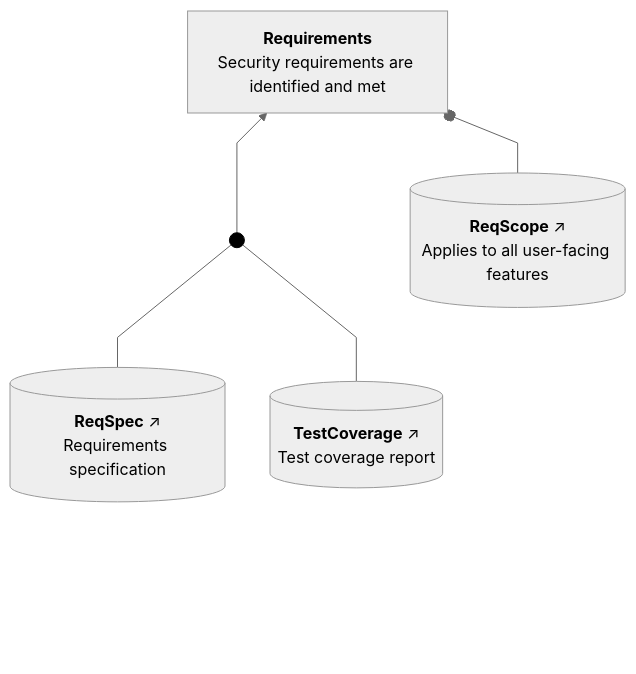
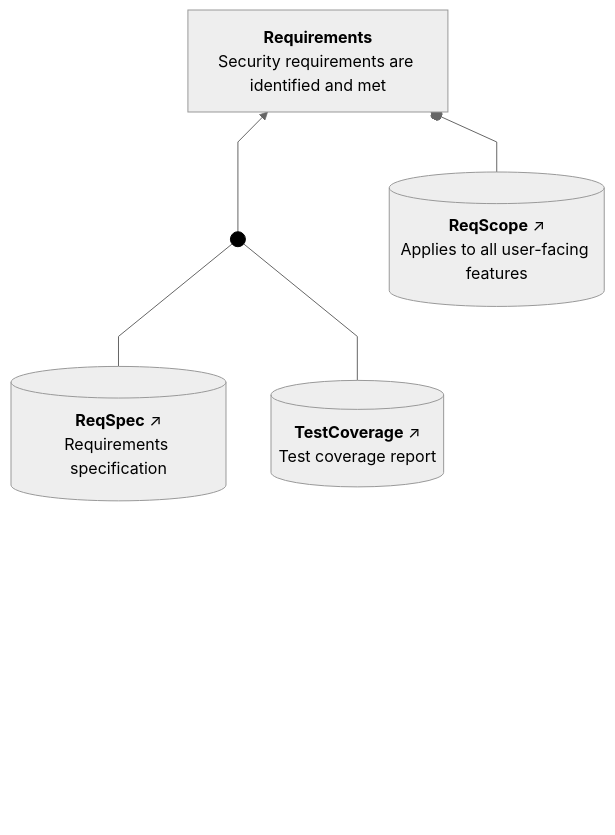
One commit to david-a-wheeler/verocase changed the second of 3 diagrams in tests/fixtures/badgeapp-doc-output.expected.md. Above: the diagram before and after it, drawn with Mermaid. The commit also changed other lines of this file and 8 other files, not shown here.

Commit message:
Increase bottom padding by lengthening connector

````diff
--- a/tests/fixtures/badgeapp-doc-output.expected.md
+++ b/tests/fixtures/badgeapp-doc-output.expected.md
@@ -75,34 +75,34 @@
 ```mermaid
 ---
 config:
   theme: neutral
   flowchart:
     curve: linear
     htmlLabels: true
     rankSpacing: 60
     nodeSpacing: 45
     padding: 15
 ---
 flowchart BT
     classDef invisible opacity:0
     classDef sacmDot fill:#000,stroke:#000
     classDef connector fill:none,stroke:#cccccc,stroke-width:1px;
     classDef abstractClaim stroke-width:2px,stroke-dasharray: 5 5;
     Requirements["<b>Requirements</b><br>Security requirements are identified and met"]
     ReqSpec[("<b>ReqSpec</b>&nbsp;↗<br>Requirements specification")]
     TestCoverage[("<b>TestCoverage</b>&nbsp;↗<br>Test coverage report")]
     ReqScope[("<b>ReqScope</b>&nbsp;↗<br>Applies to all user-facing features")]
     Dot1((" ")):::sacmDot
     click Requirements "https://github.com/david-a-wheeler/verocase/blob/main/tests/fixtures/badgeapp-doc-output.expected.md#claim-requirements"
     click ReqSpec "https://github.com/david-a-wheeler/verocase/blob/main/tests/fixtures/badgeapp-doc-output.expected.md#evidence-reqspec"
     click TestCoverage "https://github.com/david-a-wheeler/verocase/blob/main/tests/fixtures/badgeapp-doc-output.expected.md#evidence-testcoverage"
     click ReqScope "https://github.com/david-a-wheeler/verocase/blob/main/tests/fixtures/badgeapp-doc-output.expected.md#context-reqscope"
 
-    BottomPadding1["<br/><br/><br/>"]:::invisible ~~~ ReqSpec
-    BottomPadding2["<br/><br/><br/>"]:::invisible ~~~ TestCoverage
-    BottomPadding3["<br/><br/><br/>"]:::invisible ~~~ ReqScope
+    BottomPadding1["<br/><br/><br/>"]:::invisible ~~~~ ReqSpec
+    BottomPadding2["<br/><br/><br/>"]:::invisible ~~~~ TestCoverage
+    BottomPadding3["<br/><br/><br/>"]:::invisible ~~~~ ReqScope
     ReqSpec --- Dot1
     TestCoverage --- Dot1
     Dot1 --> Requirements
     ReqScope --o Requirements
 ```
````
